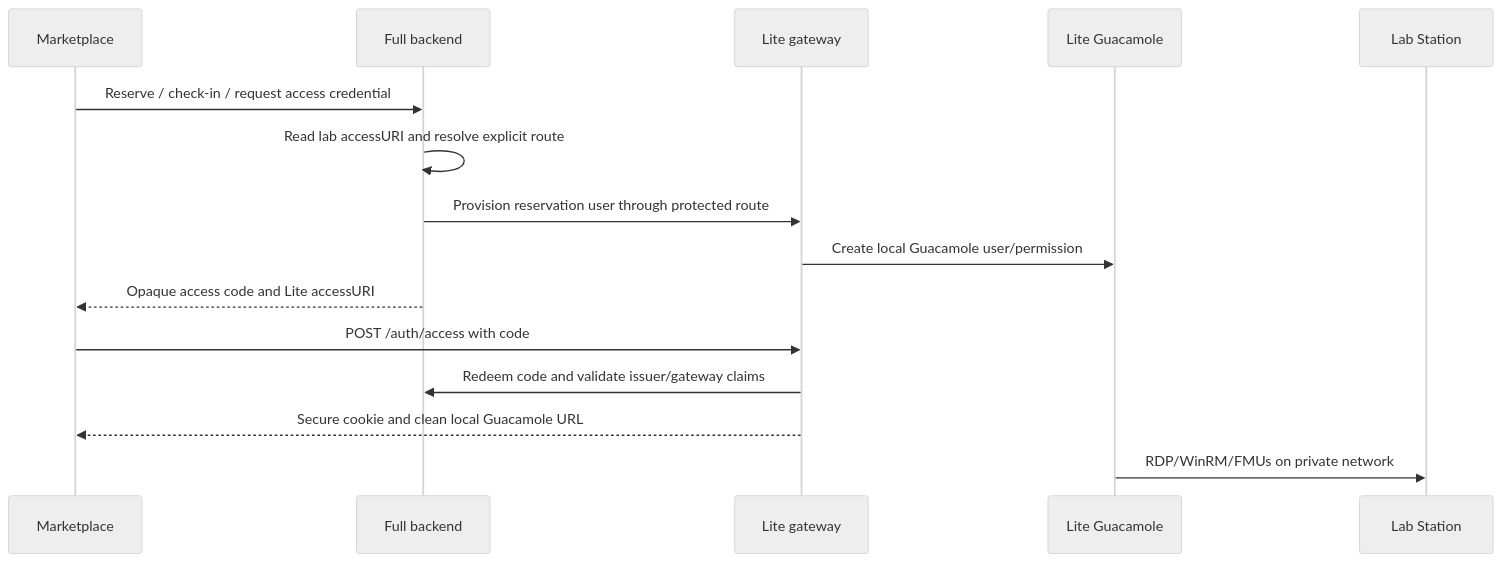
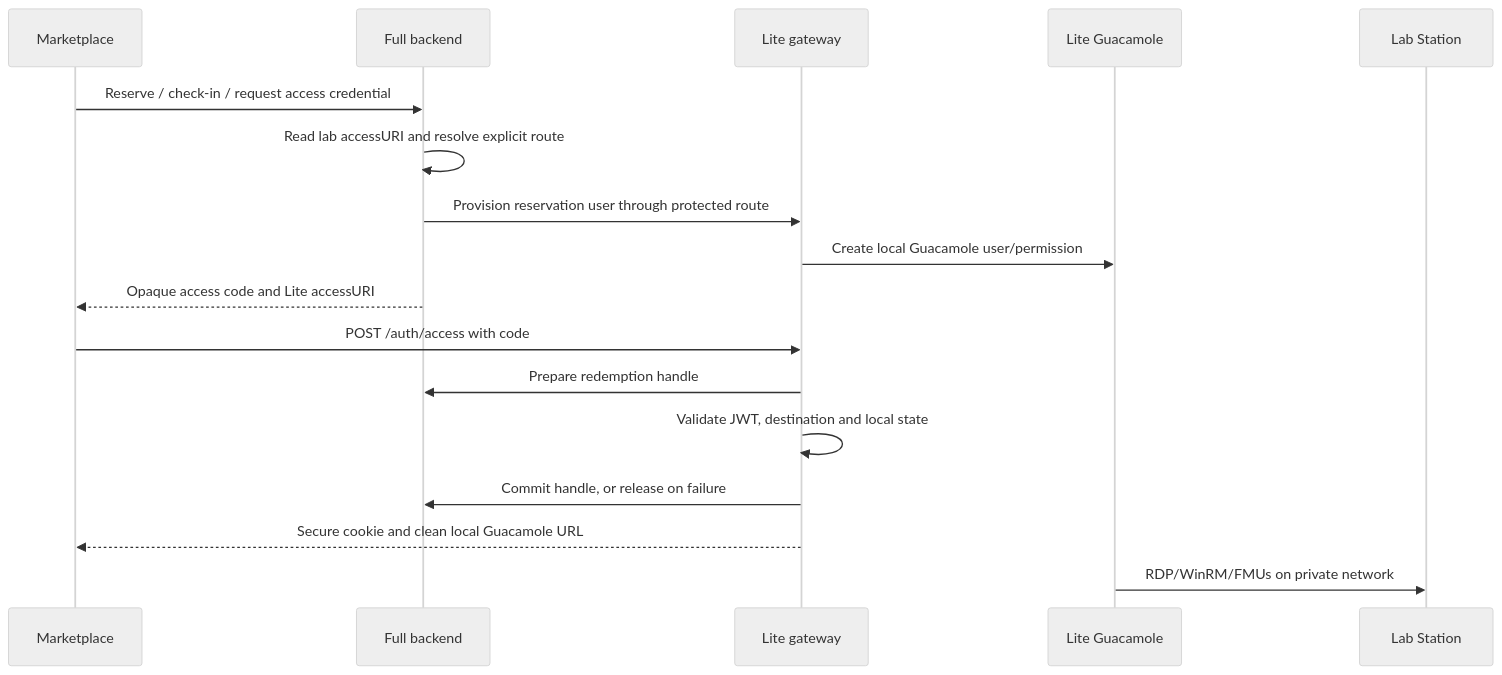
One commit to DecentraLabsCom/Lab-Gateway changed the second of 2 diagrams in docs/deployment-architectures.md. Above: the diagram before and after it, drawn with Mermaid (neutral theme). The commit also changed other lines of this file and 34 other files, not shown here.

Commit message:
Align gateway access flow and documentation

````diff
--- a/docs/deployment-architectures.md
+++ b/docs/deployment-architectures.md
@@ -169,18 +172,20 @@
 ```mermaid
 sequenceDiagram
     participant M as Marketplace
     participant F as Full backend
     participant L as Lite gateway
     participant G as Lite Guacamole
     participant S as Lab Station
 
     M->>F: Reserve / check-in / request access credential
     F->>F: Read lab accessURI and resolve explicit route
     F->>L: Provision reservation user through protected route
     L->>G: Create local Guacamole user/permission
     F-->>M: Opaque access code and Lite accessURI
     M->>L: POST /auth/access with code
-    L->>F: Redeem code and validate issuer/gateway claims
+    L->>F: Prepare redemption handle
+    L->>L: Validate JWT, destination and local state
+    L->>F: Commit handle, or release on failure
     L-->>M: Secure cookie and clean local Guacamole URL
     G->>S: RDP/WinRM/FMUs on private network
 ```
````
